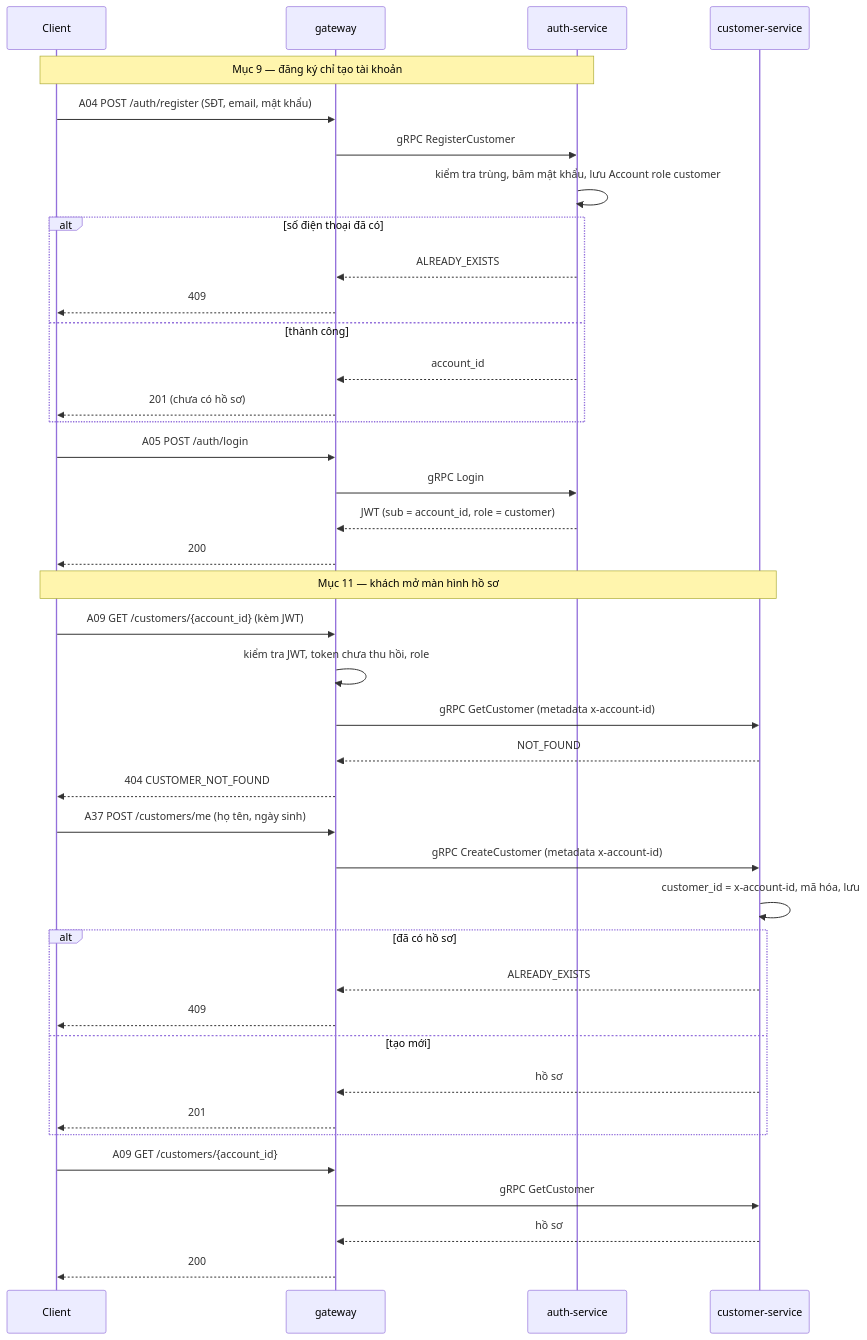
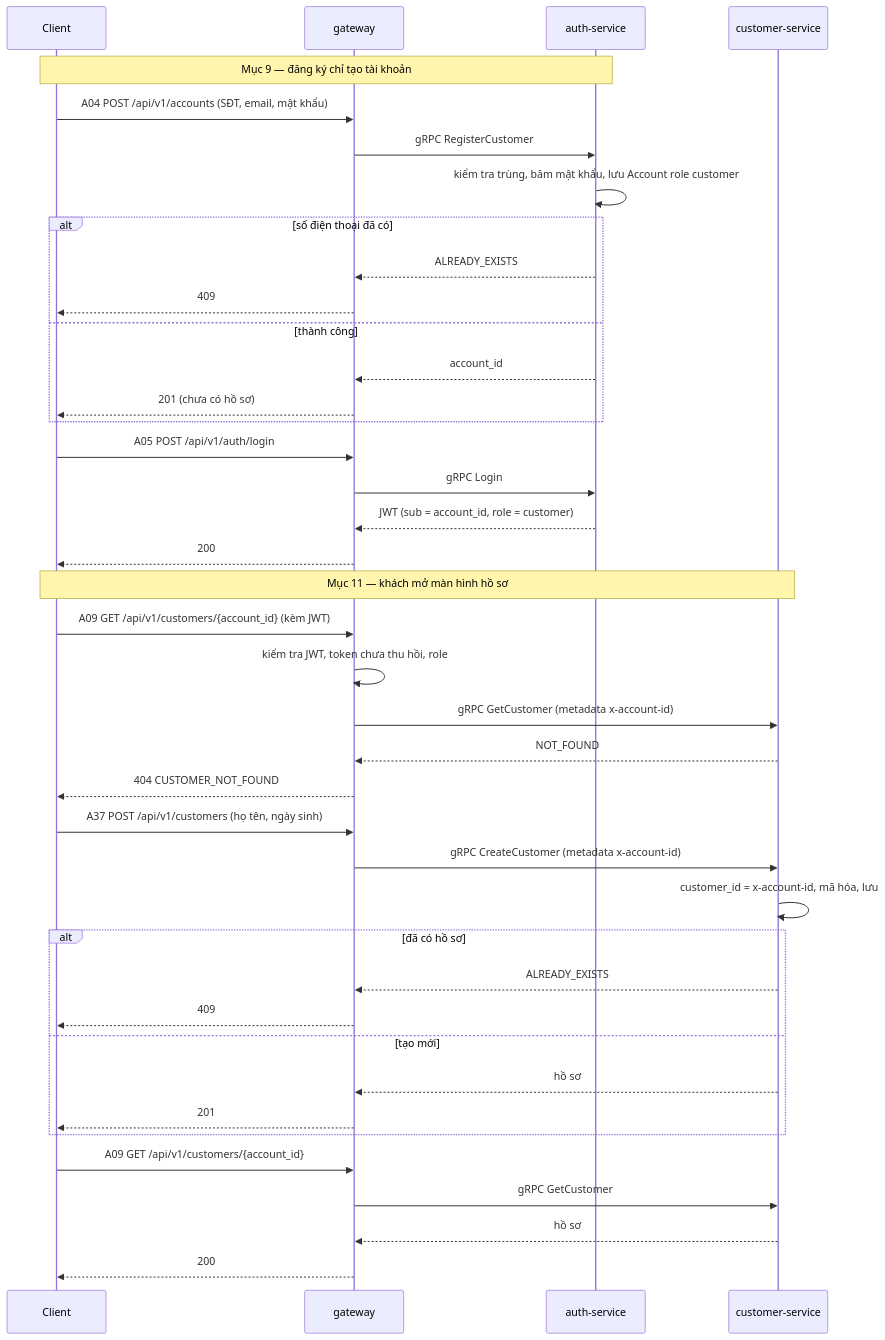
One commit to nghuuduc21/23699411_NguyenHuuDuc_CabSystem changed the second of 7 diagrams in docs/design/02-kien-truc-giao-tiep.md. Above: the diagram before and after it, drawn with Mermaid. The commit also changed other lines of this file and 13 other files, not shown here.

````diff
--- a/docs/design/02-kien-truc-giao-tiep.md
+++ b/docs/design/02-kien-truc-giao-tiep.md
@@ -364,44 +365,44 @@
 ```mermaid
 sequenceDiagram
   participant C as Client
   participant GW as gateway
   participant A as auth-service
   participant CU as customer-service
 
   Note over C,A: Mục 9 — đăng ký chỉ tạo tài khoản
-  C->>GW: A04 POST /auth/register (SĐT, email, mật khẩu)
+  C->>GW: A04 POST /api/v1/accounts (SĐT, email, mật khẩu)
   GW->>A: gRPC RegisterCustomer
   A->>A: kiểm tra trùng, băm mật khẩu, lưu Account role customer
   alt số điện thoại đã có
     A-->>GW: ALREADY_EXISTS
     GW-->>C: 409
   else thành công
     A-->>GW: account_id
     GW-->>C: 201 (chưa có hồ sơ)
   end
-  C->>GW: A05 POST /auth/login
+  C->>GW: A05 POST /api/v1/auth/login
   GW->>A: gRPC Login
   A-->>GW: JWT (sub = account_id, role = customer)
   GW-->>C: 200
 
   Note over C,CU: Mục 11 — khách mở màn hình hồ sơ
-  C->>GW: A09 GET /customers/{account_id} (kèm JWT)
+  C->>GW: A09 GET /api/v1/customers/{account_id} (kèm JWT)
   GW->>GW: kiểm tra JWT, token chưa thu hồi, role
   GW->>CU: gRPC GetCustomer (metadata x-account-id)
   CU-->>GW: NOT_FOUND
   GW-->>C: 404 CUSTOMER_NOT_FOUND
-  C->>GW: A37 POST /customers/me (họ tên, ngày sinh)
+  C->>GW: A37 POST /api/v1/customers (họ tên, ngày sinh)
   GW->>CU: gRPC CreateCustomer (metadata x-account-id)
   CU->>CU: customer_id = x-account-id, mã hóa, lưu
   alt đã có hồ sơ
     CU-->>GW: ALREADY_EXISTS
     GW-->>C: 409
   else tạo mới
     CU-->>GW: hồ sơ
     GW-->>C: 201
   end
-  C->>GW: A09 GET /customers/{account_id}
+  C->>GW: A09 GET /api/v1/customers/{account_id}
   GW->>CU: gRPC GetCustomer
   CU-->>GW: hồ sơ
   GW-->>C: 200
 ```
````
